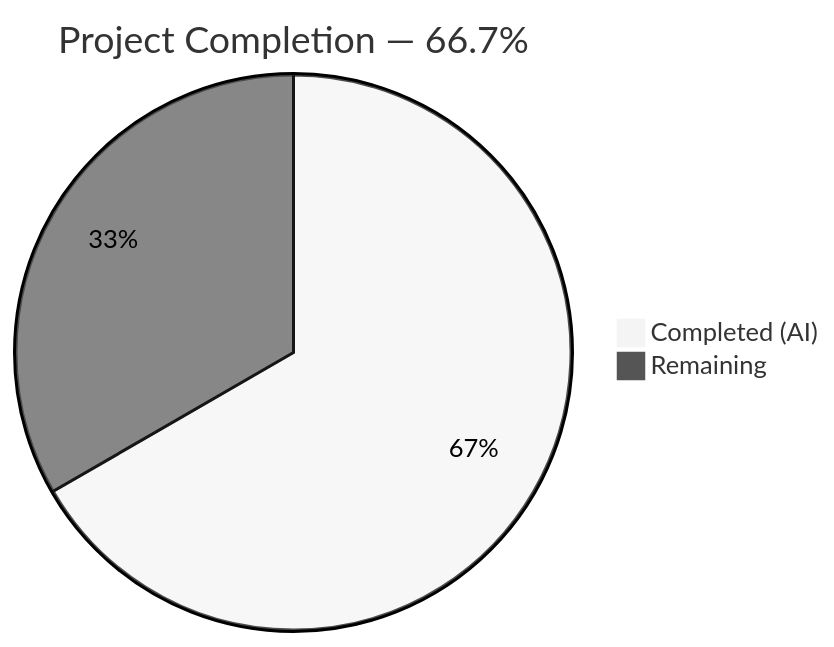
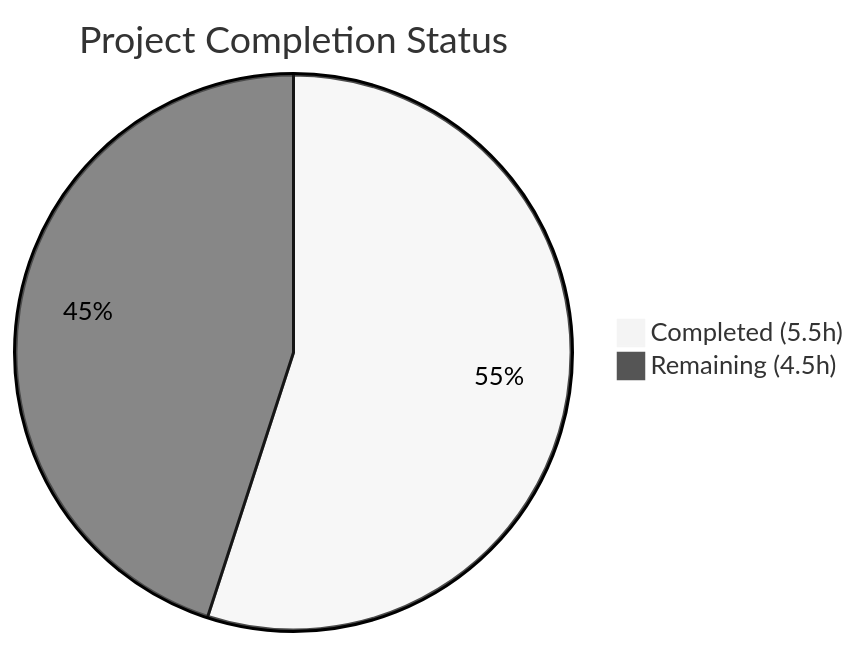
One commit to Sandeep01Kumar/25-march-existing-projects-qa changed the first of 3 diagrams in blitzy/documentation/Project Guide.md. Above: the diagram before and after it, drawn with Mermaid (neutral theme). The commit also changed other lines of this file, not shown here.

Commit message:
Adding Blitzy Project Guide: Project Status and Human Tasks Remaining

````diff
--- a/blitzy/documentation/Project Guide.md
+++ b/blitzy/documentation/Project Guide.md
@@ -13,5 +13,5 @@
 ```mermaid
-pie title Project Completion — 66.7%
-    "Completed (AI)" : 4
-    "Remaining" : 2
+pie title Project Completion Status
+    "Completed (5.5h)" : 5.5
+    "Remaining (4.5h)" : 4.5
 ```
````
